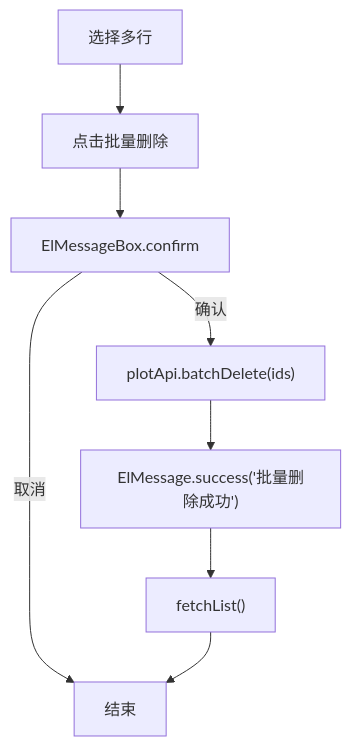
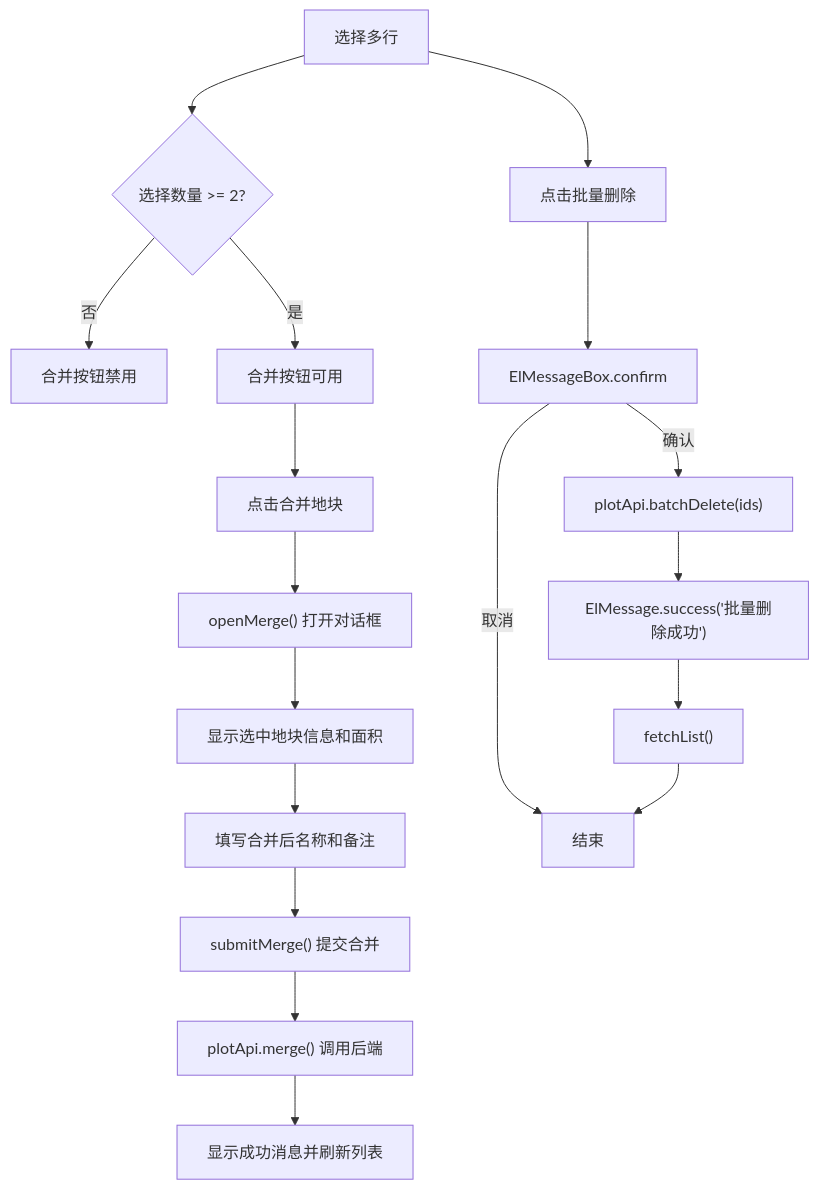
Before and after one commit to q446328246/agri-platform: the sixth of 10 diagrams in .qoder/repowiki/zh/content/前端应用文档/核心页面/地块管理页面/地块列表页面.md, drawn with Mermaid. The commit also changed other lines of this file and 52 other files, not shown here.

````diff
--- a/.qoder/repowiki/zh/content/前端应用文档/核心页面/地块管理页面/地块列表页面.md
+++ b/.qoder/repowiki/zh/content/前端应用文档/核心页面/地块管理页面/地块列表页面.md
@@ -208,10 +228,20 @@
 ```mermaid
 flowchart TD
-Sel["选择多行"] --> BatchDel["点击批量删除"]
+Sel["选择多行"] --> Check{"选择数量 >= 2?"}
+Check --> |否| Disable["合并按钮禁用"]
+Check --> |是| Enable["合并按钮可用"]
+Enable --> MergeBtn["点击合并地块"]
+MergeBtn --> OpenDialog["openMerge() 打开对话框"]
+OpenDialog --> ShowInfo["显示选中地块信息和面积"]
+ShowInfo --> FillForm["填写合并后名称和备注"]
+FillForm --> Submit["submitMerge() 提交合并"]
+Submit --> CallAPI["plotApi.merge() 调用后端"]
+CallAPI --> Success["显示成功消息并刷新列表"]
+Sel --> BatchDel["点击批量删除"]
 BatchDel --> Confirm["ElMessageBox.confirm"]
 Confirm --> |取消| End["结束"]
 Confirm --> |确认| Call["plotApi.batchDelete(ids)"]
 Call --> Msg["ElMessage.success('批量删除成功')"]
 Msg --> Refresh["fetchList()"]
 Refresh --> End
 ```
````
